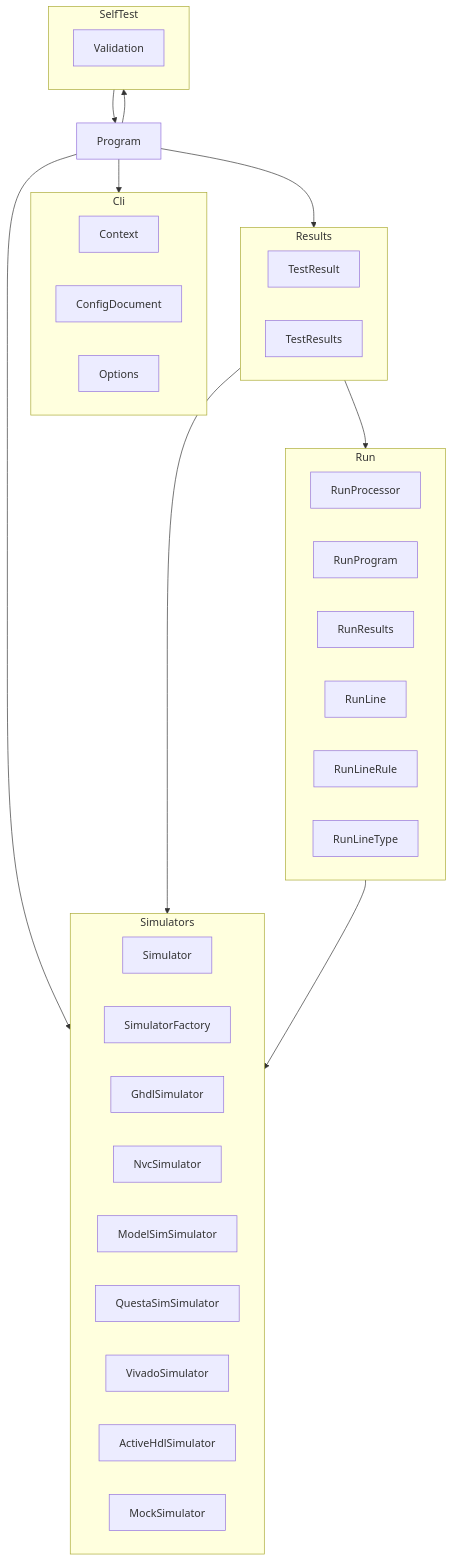
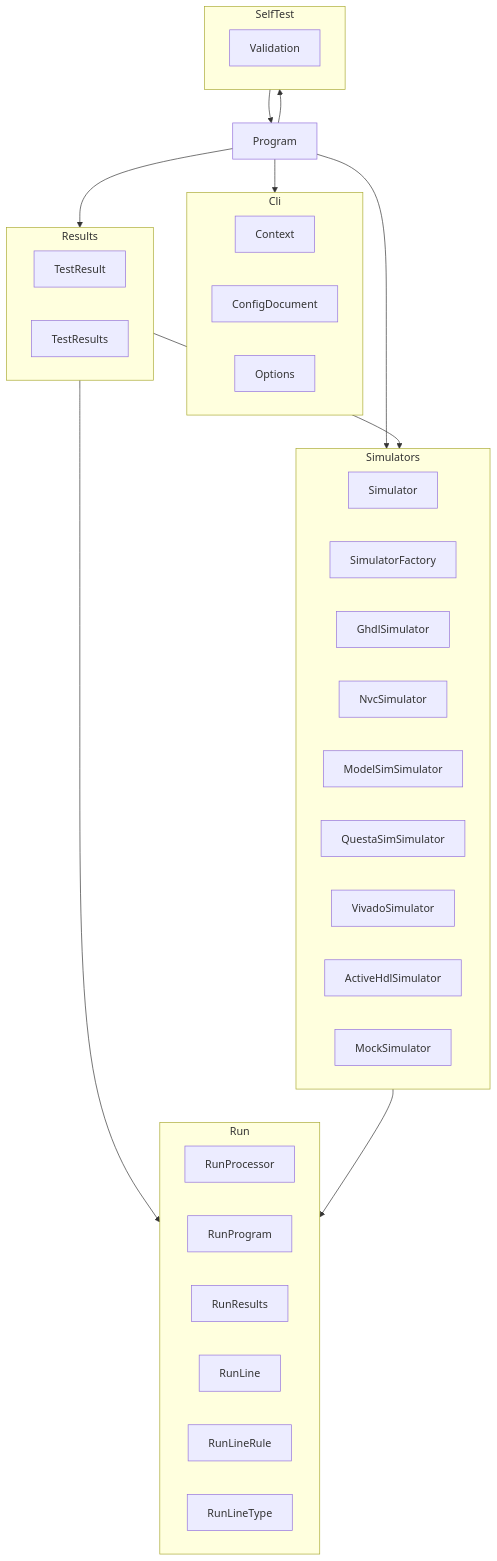
The diagram in docs/design/vhdltest.md (demaconsulting/VHDLTest), drawn with Mermaid before and after one commit. The commit also changed other lines of this file and 27 other files, not shown here.

````diff
--- a/docs/design/vhdltest.md
+++ b/docs/design/vhdltest.md
@@ -13,49 +13,49 @@
 ```mermaid
 flowchart TD
     Program
 
     subgraph Cli
         Context
         ConfigDocument
         Options
     end
 
     subgraph Simulators
         Simulator
         SimulatorFactory
         GhdlSimulator
         NvcSimulator
         ModelSimSimulator
         QuestaSimSimulator
         VivadoSimulator
         ActiveHdlSimulator
         MockSimulator
     end
 
     subgraph Run
         RunProcessor
         RunProgram
         RunResults
         RunLine
         RunLineRule
         RunLineType
     end
 
     subgraph Results
         TestResult
         TestResults
     end
 
     subgraph SelfTest
         Validation
     end
 
     Program --> Cli
     Program --> Simulators
     Program --> Results
     Program --> SelfTest
     Results --> Run
     Results --> Simulators
-    Run --> Simulators
+    Simulators --> Run
     SelfTest --> Program
 ```
````
